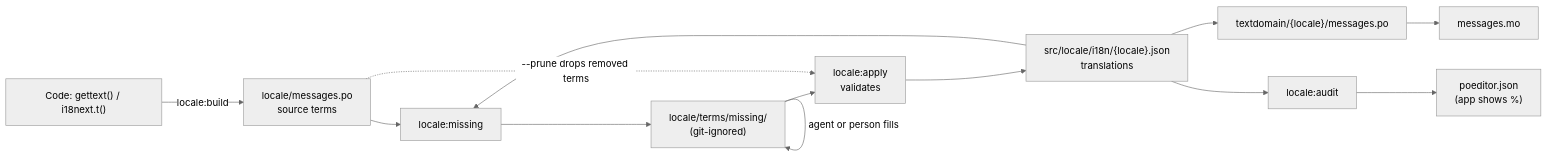
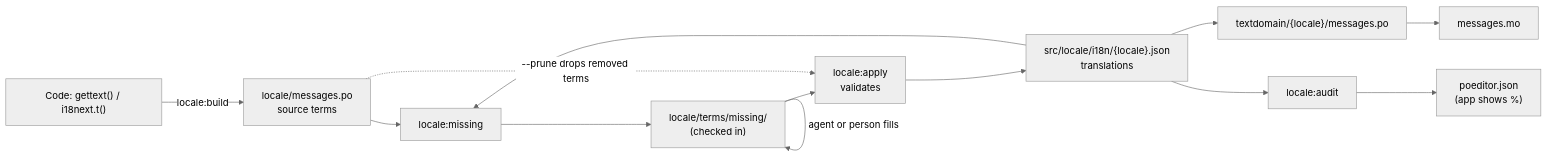
Before and after one commit to ChurchCRM/CRM: the first of 3 diagrams in docs/maintainers/locale-design.md, drawn with Mermaid (neutral theme). The commit also changed other lines of this file and 54 other files, not shown here.

First line of the commit message:
Make locale:build prune locales and queue missing terms, check the queue in

````diff
--- a/docs/maintainers/locale-design.md
+++ b/docs/maintainers/locale-design.md
@@ -52,14 +52,14 @@
 ```mermaid
 flowchart LR
     code["Code: gettext() / i18next.t()"] -->|locale:build| src["locale/messages.po<br/>source terms"]
     src --> miss["locale:missing"]
     json["src/locale/i18n/{locale}.json<br/>translations"] --> miss
-    miss --> batch["locale/terms/missing/<br/>(git-ignored)"]
+    miss --> batch["locale/terms/missing/<br/>(checked in)"]
     batch -->|agent or person fills| batch
     batch --> apply["locale:apply<br/>validates"]
     apply --> json
     json --> po["textdomain/{locale}/messages.po"]
     po --> mo["messages.mo"]
     src -. "--prune drops removed terms" .-> apply
     json --> audit["locale:audit"] --> stats["poeditor.json<br/>(app shows %)"]
 ```
````
